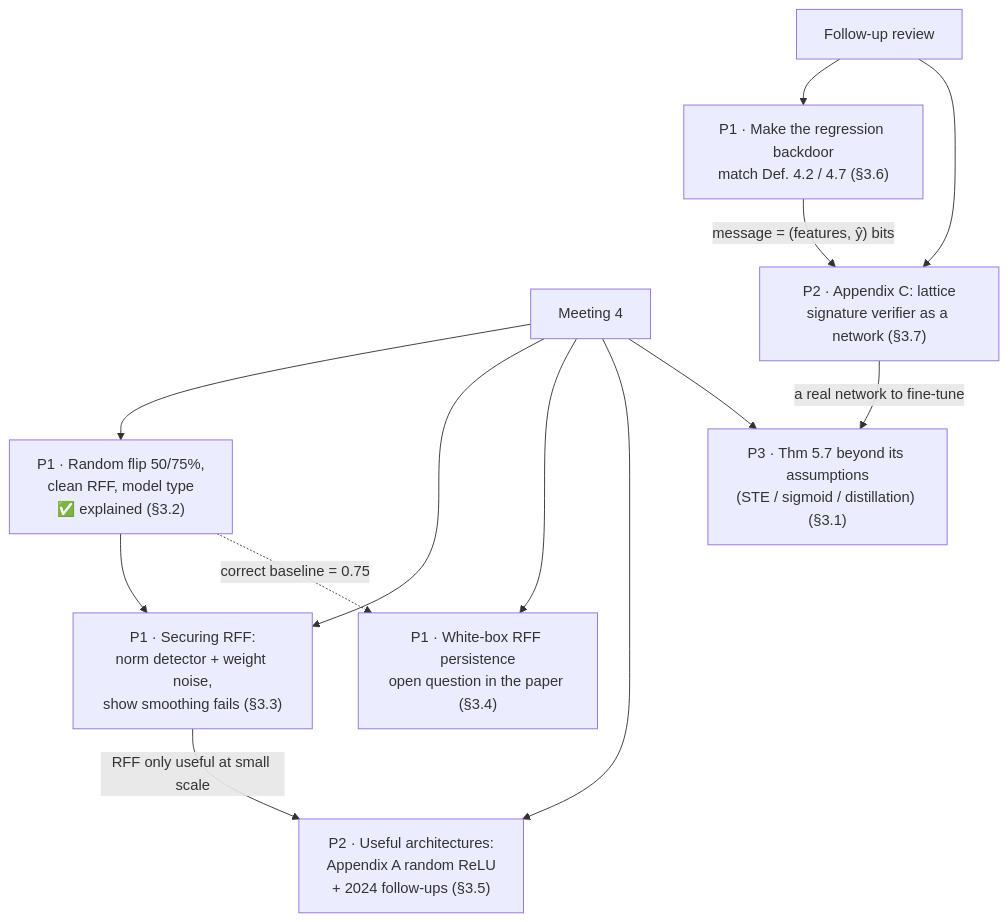
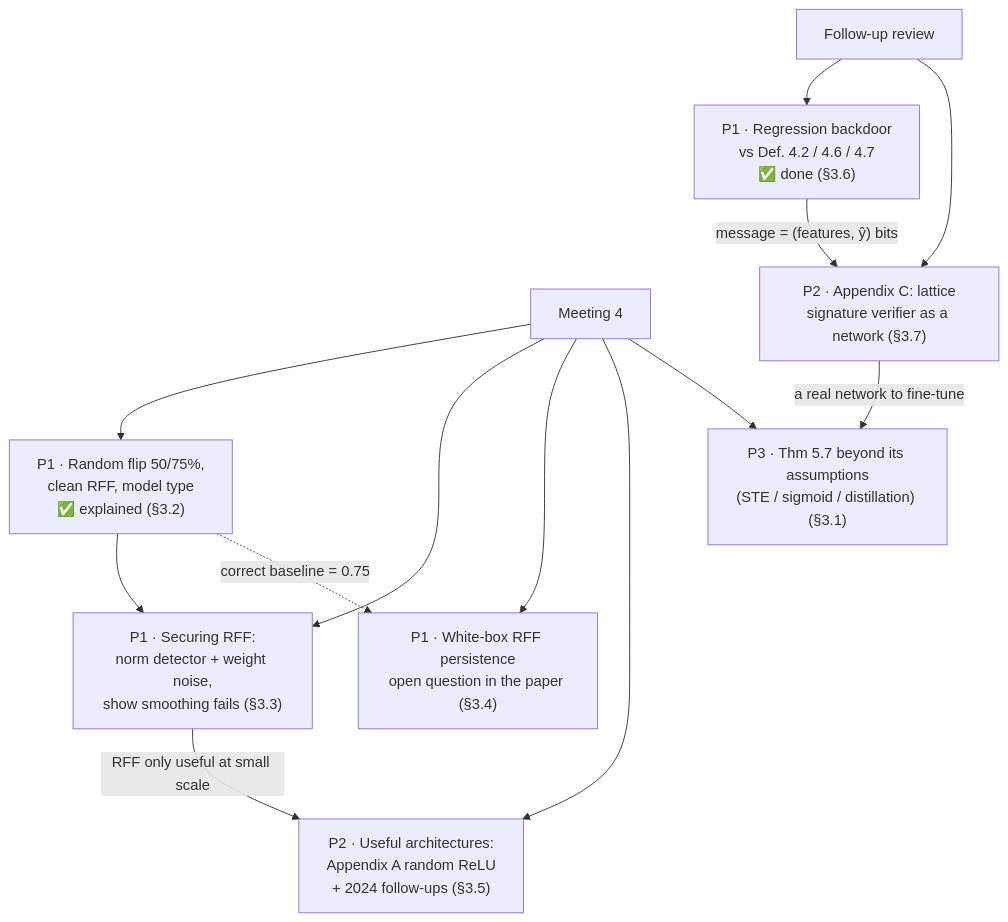
The fifth of 5 diagrams in results-and-paths-to-explore/README.md (Thomas-Chtll/PlantingBackdoors), drawn with Mermaid before and after one commit. The commit also changed other lines of this file and 29 other files, not shown here.

````diff
--- a/results-and-paths-to-explore/README.md
+++ b/results-and-paths-to-explore/README.md
@@ -373,15 +373,15 @@
 ```mermaid
 flowchart TD
     R["Meeting 4"] --> P1a["P1 · Random flip 50/75%,<br/>clean RFF, model type<br/>✅ explained (§3.2)"]
     R --> P1b["P1 · Securing RFF:<br/>norm detector + weight noise,<br/>show smoothing fails (§3.3)"]
     R --> P1c["P1 · White-box RFF persistence<br/>open question in the paper (§3.4)"]
     R --> P2["P2 · Useful architectures:<br/>Appendix A random ReLU<br/>+ 2024 follow-ups (§3.5)"]
     R --> P3["P3 · Thm 5.7 beyond its assumptions<br/>(STE / sigmoid / distillation) (§3.1)"]
-    R2["Follow-up review"] --> P1d["P1 · Make the regression backdoor<br/>match Def. 4.2 / 4.7 (§3.6)"]
+    R2["Follow-up review"] --> P1d["P1 · Regression backdoor<br/>vs Def. 4.2 / 4.6 / 4.7<br/>✅ done (§3.6)"]
     R2 --> P2b["P2 · Appendix C: lattice<br/>signature verifier as a network (§3.7)"]
     P1a --> P1b
     P1a -.->|"correct baseline = 0.75"| P1c
     P1b -->|"RFF only useful at small scale"| P2
     P1d -->|"message = (features, ŷ) bits"| P2b
     P2b -->|"a real network to fine-tune"| P3
 ```
````
